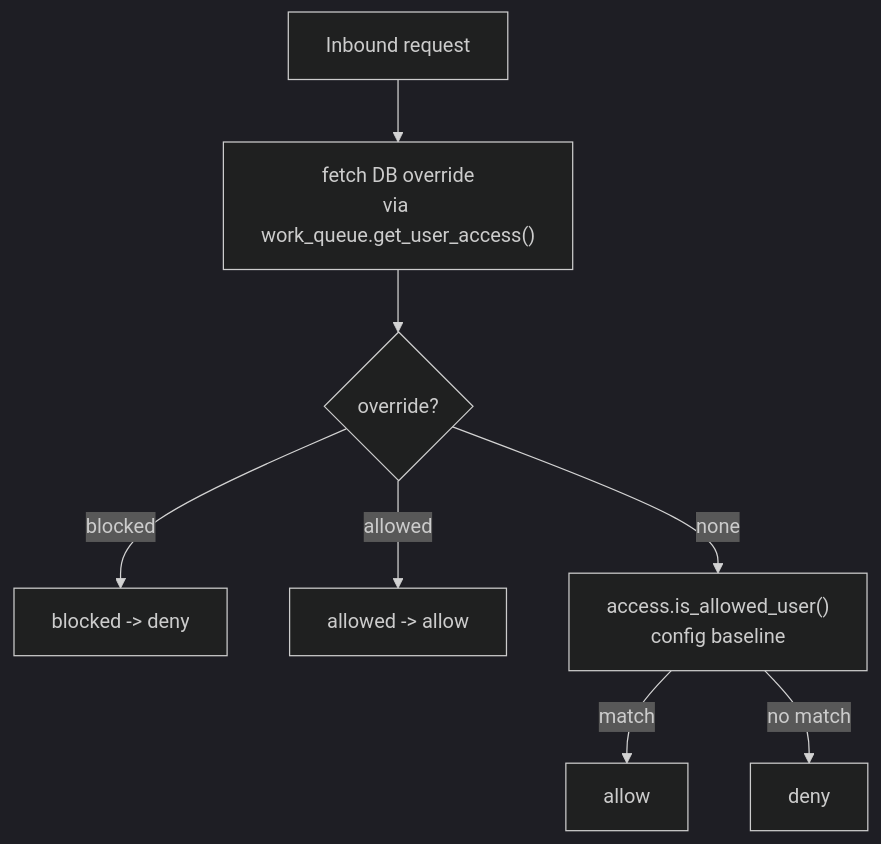
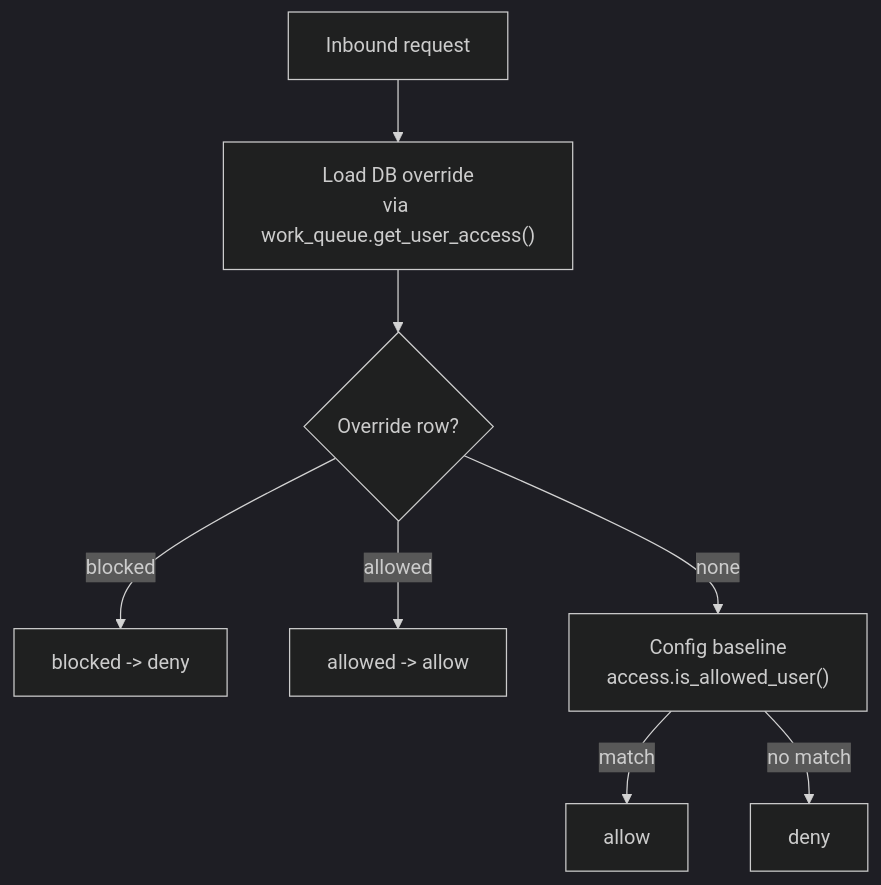
One commit to privacynow/octopus changed the seventh of 8 diagrams in docs/ARCHITECTURE.md. Above: the diagram before and after it, drawn with Mermaid (dark theme). The commit also changed other lines of this file, not shown here.

Commit message:
Simplify architecture language and diagrams

````diff
--- a/docs/ARCHITECTURE.md
+++ b/docs/ARCHITECTURE.md
@@ -643,18 +666,18 @@
 ```mermaid
 flowchart TD
     REQ["Inbound request"]
-    FETCH["fetch DB override<br/>via work_queue.get_user_access()"]
-    OVR{"override?"}
+    FETCH["Load DB override<br/>via work_queue.get_user_access()"]
+    OVR{"Override row?"}
     BLK["blocked -> deny"]
     ALW["allowed -> allow"]
-    CFG["access.is_allowed_user()<br/>config baseline"]
+    CFG["Config baseline<br/>access.is_allowed_user()"]
     DENY["deny"]
     OK["allow"]
 
     REQ --> FETCH --> OVR
     OVR -->|"blocked"| BLK
     OVR -->|"allowed"| ALW
     OVR -->|"none"| CFG
     CFG -->|"match"| OK
     CFG -->|"no match"| DENY
 ```
````
